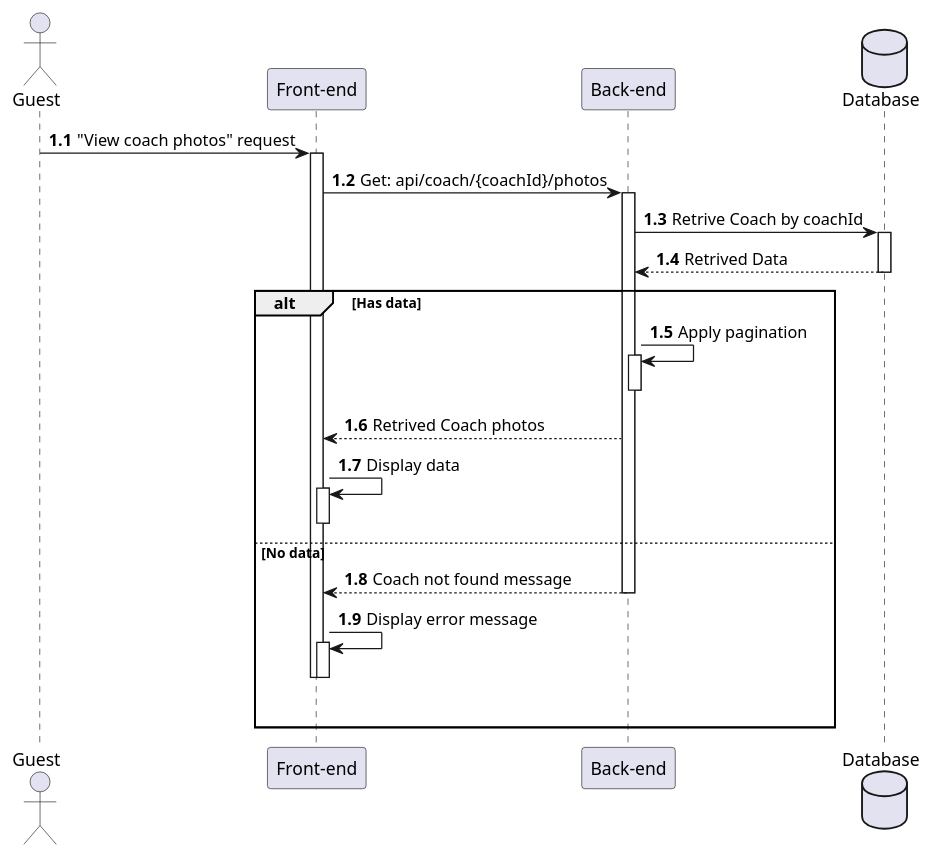
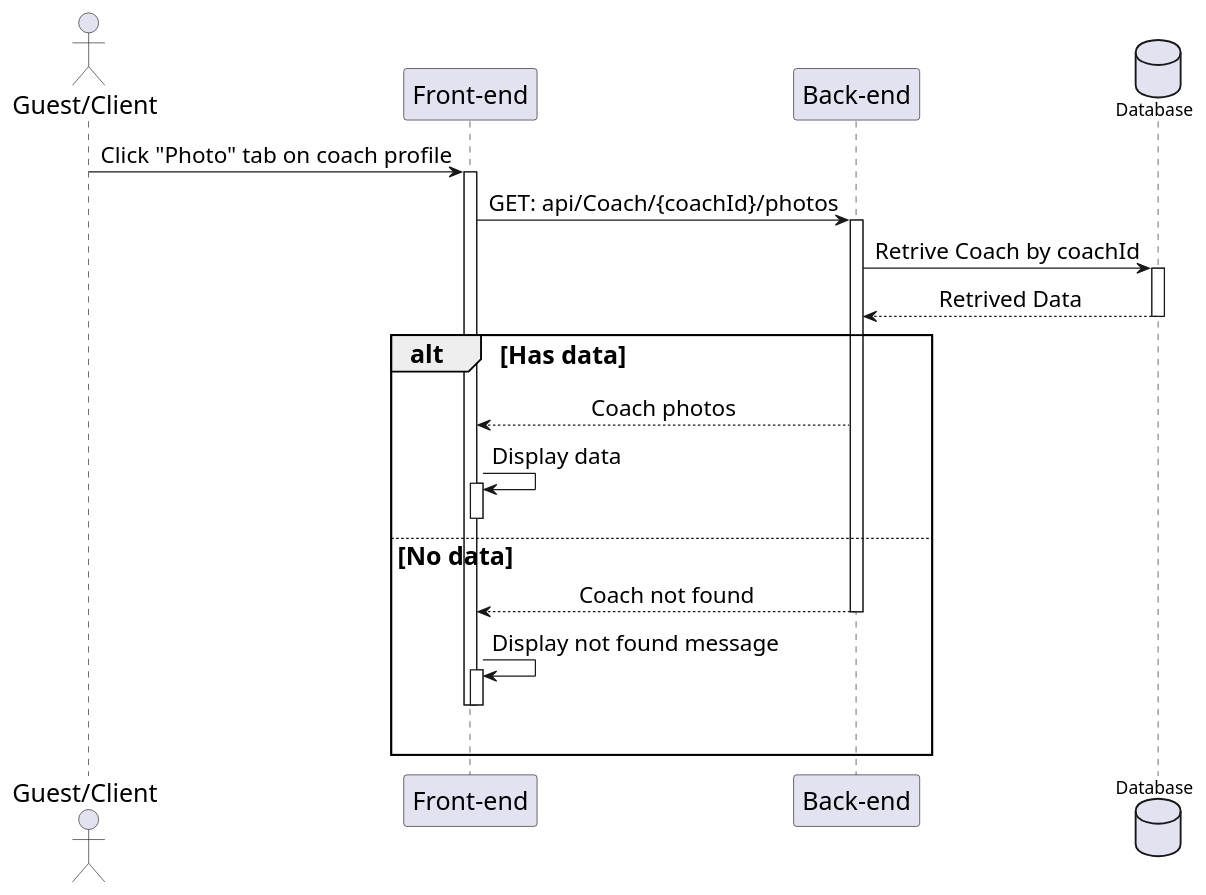
The diagram in Sequences_diagrams/ViewCoachPhotos.pu (HTPhong-276/iCoaching-Diagrams), drawn with PlantUML before and after one commit. The commit also changed 75 other files, not shown here.

Commit message:
Update Sequences_diagrams

```diff
--- a/Sequences_diagrams/ViewCoachPhotos.pu
+++ b/Sequences_diagrams/ViewCoachPhotos.pu
@@ -1,31 +1,36 @@
 @startuml ViewCoachPhoto
-
-actor Guest as user
+skinparam sequenceMessageAlign center
+skinparam sequenceGroupFontSize 20
+skinparam sequenceGroupHeaderFontSize 20
+skinparam sequence {
+    ParticipantFontSize 20
+    ActorFontSize 20
+    DatabaseFontSize 20
+    ArrowFontSize 18
+} 
+actor "Guest/Client" as user
 participant "Front-end" as client
 participant "Back-end" as server 
 database "Database" as db
 
-autonumber 1.1 "<b>0:"
 
-user -> client++ : "View coach photos" request 
-client -> server++ : Get: api/coach/{coachId}/photos
+user -> client++ : Click "Photo" tab on coach profile 
+client -> server++ : GET: api/Coach/{coachId}/photos
 server -> db++ : Retrive Coach by coachId
 db --> server : Retrived Data
 deactivate
 
 alt Has data
-    server -> server++ : Apply pagination
-    deactivate
-    server --> client : Retrived Coach photos
+    server --> client : Coach photos
     client -> client++ : Display data
     deactivate
 
 else No data
-    server --> client : Coach not found message
+    server --> client : Coach not found
     deactivate
-    client -> client++ : Display error message
+    client -> client++ : Display not found message
     deactivate 
     deactivate
     |||
 end 
 @enduml
```
